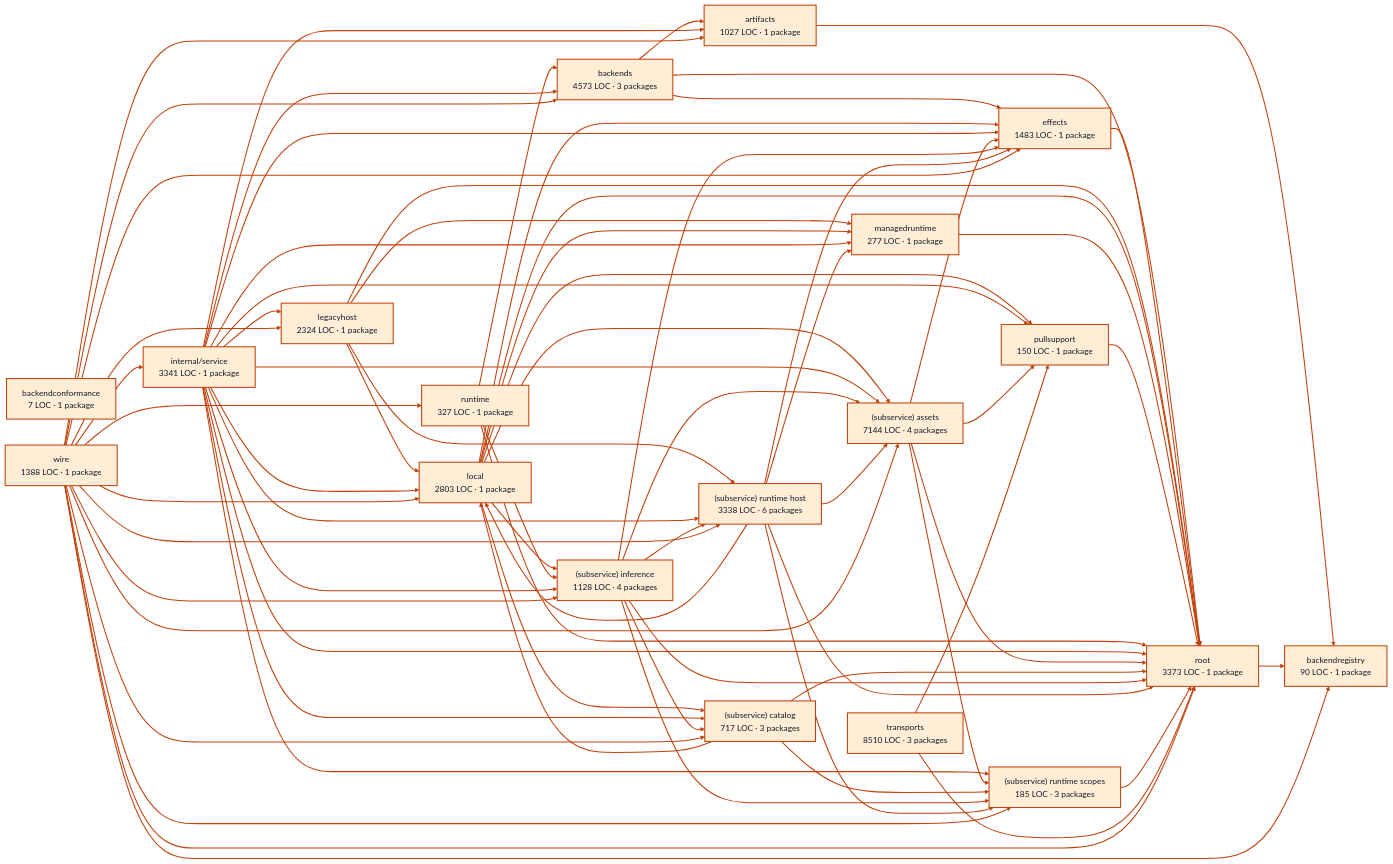
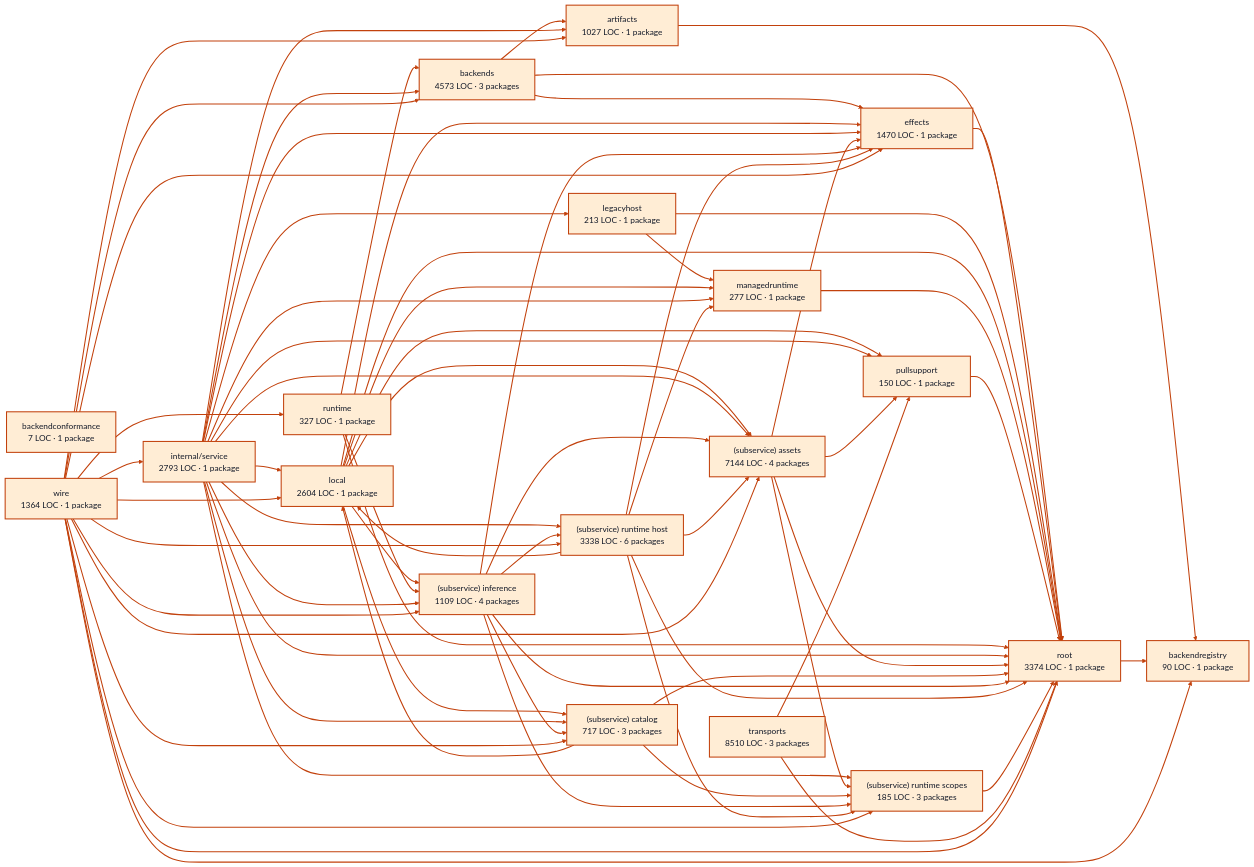
Before and after one commit to portpowered/you-agent-factory: the diagram in docs/architecture/visualizations/services/models.md, drawn with Mermaid. The commit also changed other lines of this file and 20 other files, not shown here.

Commit message:
docs: refresh backend architecture visualizations

```diff
--- a/docs/architecture/visualizations/services/models.md
+++ b/docs/architecture/visualizations/services/models.md
@@ -14,29 +14,27 @@
   p1["backendconformance<br/>7 LOC · 1 package"]
   p2["backendregistry<br/>90 LOC · 1 package"]
   p3["backends<br/>4573 LOC · 3 packages"]
-  p4["effects<br/>1483 LOC · 1 package"]
-  p5["legacyhost<br/>2324 LOC · 1 package"]
-  p6["local<br/>2803 LOC · 1 package"]
+  p4["effects<br/>1470 LOC · 1 package"]
+  p5["legacyhost<br/>213 LOC · 1 package"]
+  p6["local<br/>2604 LOC · 1 package"]
   p7["managedruntime<br/>277 LOC · 1 package"]
   p8["pullsupport<br/>150 LOC · 1 package"]
   p9["runtime<br/>327 LOC · 1 package"]
-  p10["internal/service<br/>3341 LOC · 1 package"]
+  p10["internal/service<br/>2793 LOC · 1 package"]
   p11["(subservice) assets<br/>7144 LOC · 4 packages"]
   p12["(subservice) catalog<br/>717 LOC · 3 packages"]
-  p13["(subservice) inference<br/>1128 LOC · 4 packages"]
+  p13["(subservice) inference<br/>1109 LOC · 4 packages"]
   p14["(subservice) runtime host<br/>3338 LOC · 6 packages"]
   p15["(subservice) runtime scopes<br/>185 LOC · 3 packages"]
-  p16["root<br/>3373 LOC · 1 package"]
+  p16["root<br/>3374 LOC · 1 package"]
   p17["transports<br/>8510 LOC · 3 packages"]
-  p18["wire<br/>1388 LOC · 1 package"]
+  p18["wire<br/>1364 LOC · 1 package"]
   p0 --> p2
   p3 --> p0
   p3 --> p4
   p3 --> p16
   p4 --> p16
-  p5 --> p6
   p5 --> p7
-  p5 --> p14
   p5 --> p16
   p6 --> p4
   p6 --> p7
@@ -90,7 +88,6 @@
   p18 --> p2
   p18 --> p3
   p18 --> p4
-  p18 --> p5
   p18 --> p6
   p18 --> p9
   p18 --> p10
```
